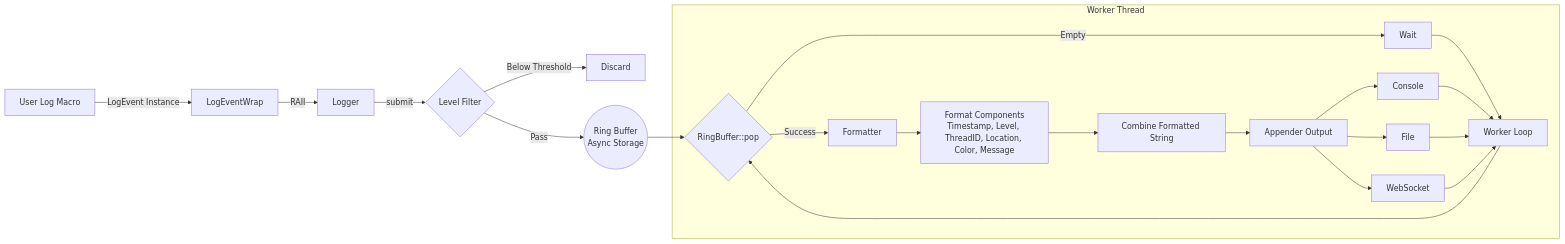
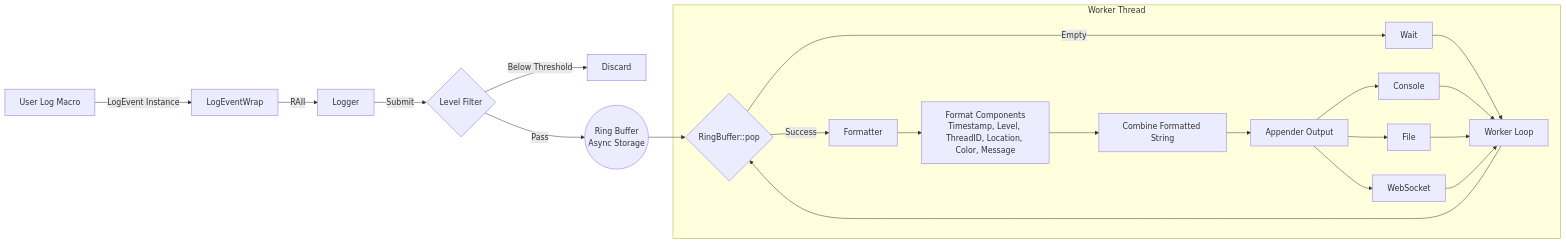
Before and after one commit to AwakeLion-Robot-Lab/awakelion-logger: the diagram in README.md, drawn with Mermaid. The commit also changed other lines of this file and 7 other files, not shown here.

Commit message:
figure out whole structure.

````diff
--- a/README.md
+++ b/README.md
@@ -13,32 +11,30 @@
 ```mermaid
 flowchart LR
     A[User Log Macro] -->|LogEvent Instance| B[LogEventWrap]
     B -->|RAII| E[Logger]
 
-    E -->|submit| G{Level Filter}
+    E -->|Submit| G{Level Filter}
     G -->|Below Threshold| H[Discard]
     G -->|Pass| J((Ring Buffer<br/>Async Storage))
 
     subgraph "Worker Thread"
         K[Worker Loop] --> L{RingBuffer::pop}
         L -->|Success| M[Formatter]
         L -->|Empty| N[Wait]
         N --> K
 
         M --> O[Format Components<br/>Timestamp, Level, ThreadID, Location, Color, Message]
         O --> P[Combine Formatted String]
 
         P --> Q[Appender Output]
         Q --> R[Console]
         Q --> S[File]
         Q --> T[WebSocket]
 
         R --> K
         S --> K
         T --> K
     end
 
     J --> L
-
-
 ```
````
